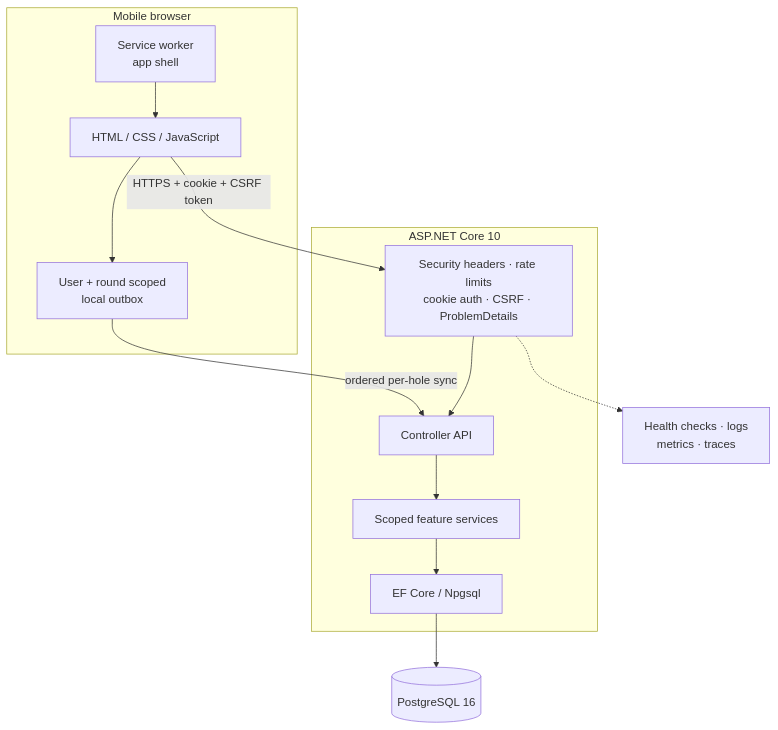
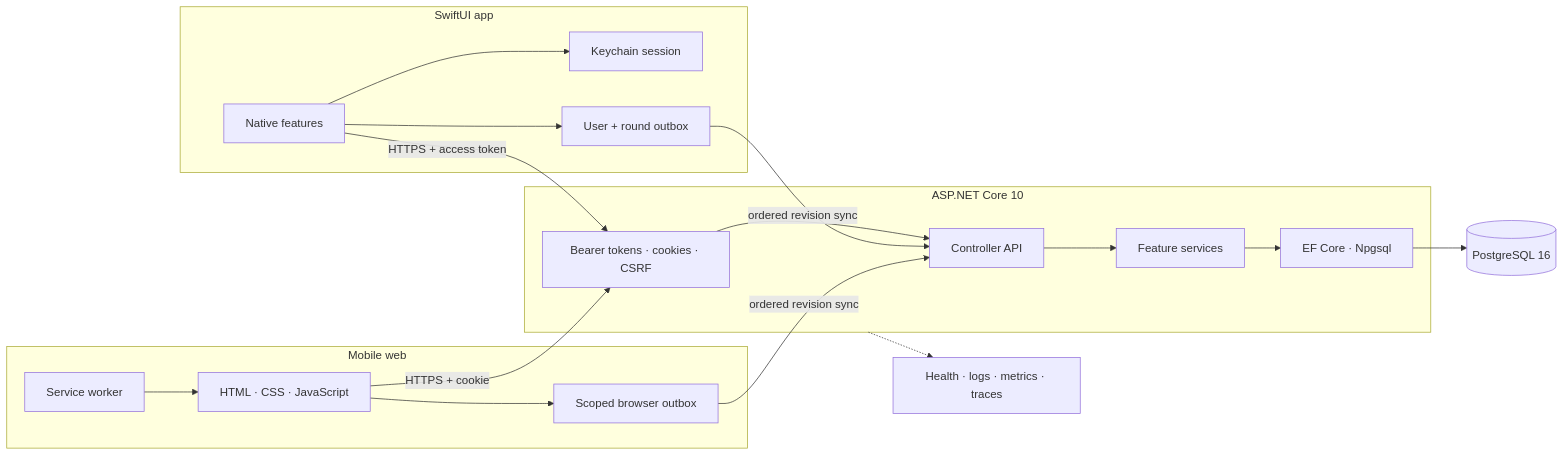
Before and after one commit to Kouen-Park/BirdieBuddy: the diagram in README.md, drawn with Mermaid. The commit also changed other lines of this file and 1 other file, not shown here.

Commit message:
Refresh README for native iOS platform and current roadmap

````diff
--- a/README.md
+++ b/README.md
@@ -68,23 +77,33 @@
 ```mermaid
-flowchart TB
-    subgraph Browser["Mobile browser"]
-        UI["HTML / CSS / JavaScript"]
-        SW["Service worker<br/>app shell"]
-        Outbox["User + round scoped<br/>local outbox"]
-        UI --> Outbox
-        SW --> UI
+flowchart LR
+    subgraph IOS["SwiftUI app"]
+        IUI["Native features"]
+        Keychain["Keychain session"]
+        IOutbox["User + round outbox"]
+        IUI --> Keychain
+        IUI --> IOutbox
     end
 
-    subgraph App["ASP.NET Core 10"]
-        Pipeline["Security headers · rate limits<br/>cookie auth · CSRF · ProblemDetails"]
-        Controllers["Controller API"]
-        Services["Scoped feature services"]
-        EF["EF Core / Npgsql"]
-        Pipeline --> Controllers --> Services --> EF
+    subgraph WEB["Mobile web"]
+        WUI["HTML · CSS · JavaScript"]
+        SW["Service worker"]
+        WOutbox["Scoped browser outbox"]
+        SW --> WUI
+        WUI --> WOutbox
     end
 
-    UI -->|HTTPS + cookie + CSRF token| Pipeline
-    Outbox -->|ordered per-hole sync| Controllers
+    subgraph API["ASP.NET Core 10"]
+        Auth["Bearer tokens · cookies · CSRF"]
+        Controllers["Controller API"]
+        Services["Feature services"]
+        EF["EF Core · Npgsql"]
+        Auth --> Controllers --> Services --> EF
+    end
+
+    IUI -->|HTTPS + access token| Auth
+    IOutbox -->|ordered revision sync| Controllers
+    WUI -->|HTTPS + cookie| Auth
+    WOutbox -->|ordered revision sync| Controllers
     EF --> DB[(PostgreSQL 16)]
-    Pipeline -.-> Ops["Health checks · logs<br/>metrics · traces"]
+    API -.-> Ops["Health · logs · metrics · traces"]
 ```
````
